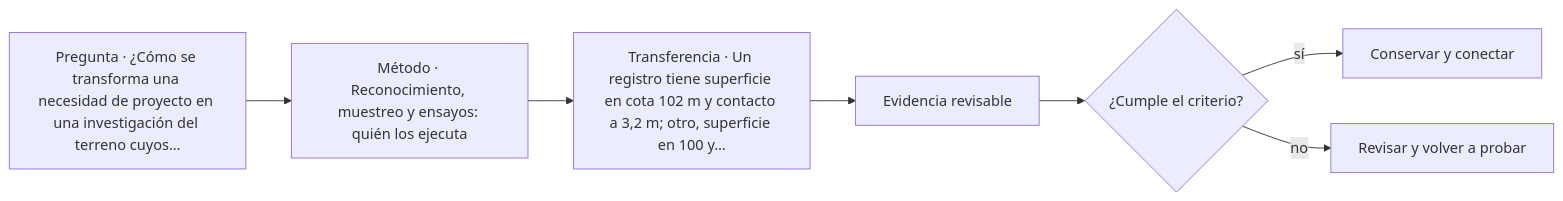
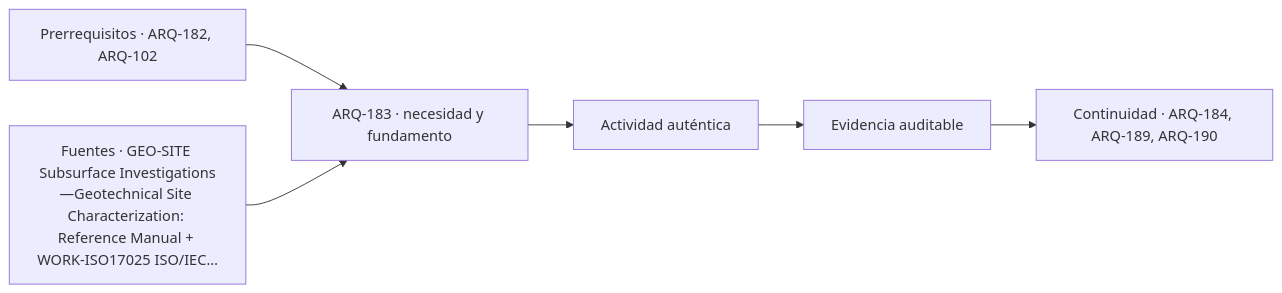
Before and after one commit to vladimiracunadev-create/architecture-built-environment-learning-program: the diagram in classes/parte-19/ARQ-183.md, drawn with Mermaid. The commit also changed other lines of this file and 761 other files, not shown here.

````diff
--- a/classes/parte-19/ARQ-183.md
+++ b/classes/parte-19/ARQ-183.md
@@ -115,9 +127,8 @@
 ```mermaid
 flowchart LR
-    Q["Pregunta · ¿Cómo se transforma una necesidad de proyecto en una investigación del terreno cuyos…"] --> M["Método · Reconocimiento, muestreo y ensayos: quién los ejecuta"]
-    M --> P["Transferencia · Un registro tiene superficie en cota 102 m y contacto a 3,2 m; otro, superficie en 100 y…"]
-    P --> E["Evidencia revisable"]
-    E --> C{"¿Cumple el criterio?"}
-    C -->|sí| T["Conservar y conectar"]
-    C -->|no| R["Revisar y volver a probar"]
+    A["Prerrequisitos · ARQ-182, ARQ-102"] --> B["ARQ-183 · necesidad y fundamento"]
+    S["Fuentes · GEO-SITE Subsurface Investigations—Geotechnical Site Characterization: Reference Manual + WORK-ISO17025 ISO/IEC…"] --> B
+    B --> C["Actividad auténtica"]
+    C --> D["Evidencia auditable"]
+    D --> E["Continuidad · ARQ-184, ARQ-189, ARQ-190"]
 ```
````
